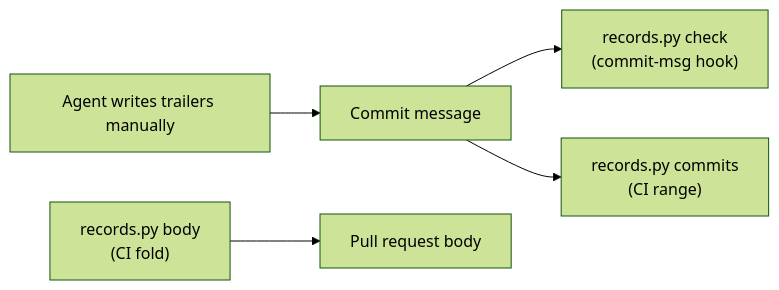
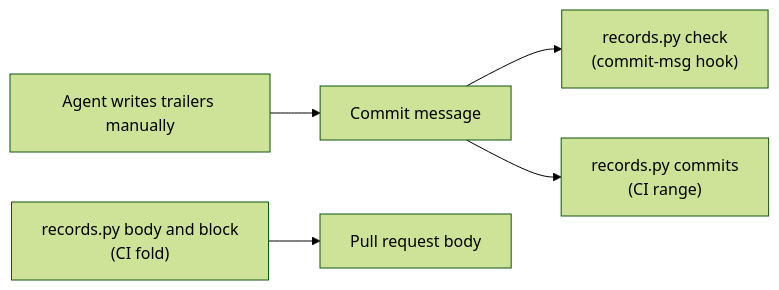
Before and after one commit to msitarz/wio: the first of 2 diagrams in .agents/wio/works/wio-trailers/README.md, drawn with Mermaid (forest theme). The commit also changed other lines of this file and 1 other file, not shown here.

````diff
--- a/.agents/wio/works/wio-trailers/README.md
+++ b/.agents/wio/works/wio-trailers/README.md
@@ -85,7 +100,7 @@
 ```mermaid
 flowchart LR
   A[Agent writes trailers manually] --> B[Commit message]
   B --> C["records.py check\n(commit-msg hook)"]
   B --> D["records.py commits\n(CI range)"]
-  E["records.py body\n(CI fold)"] --> F[Pull request body]
+  E["records.py body and block\n(CI fold)"] --> F[Pull request body]
 ```
````
